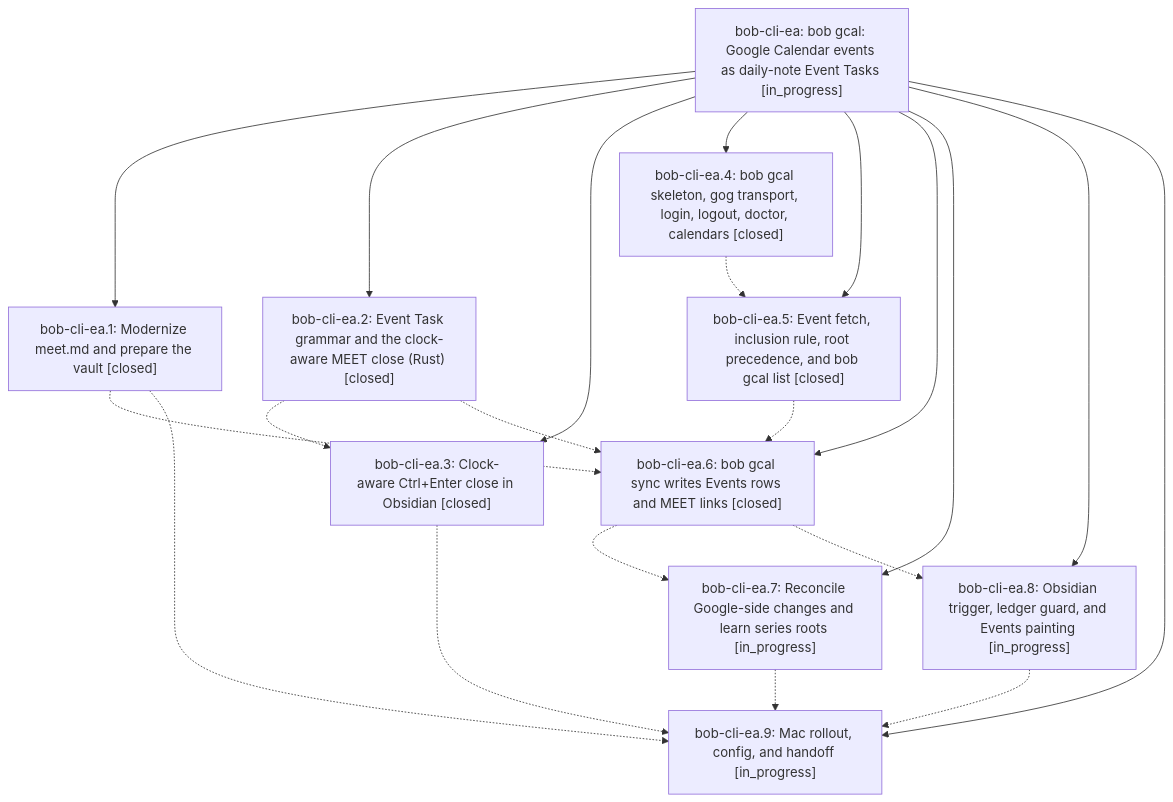
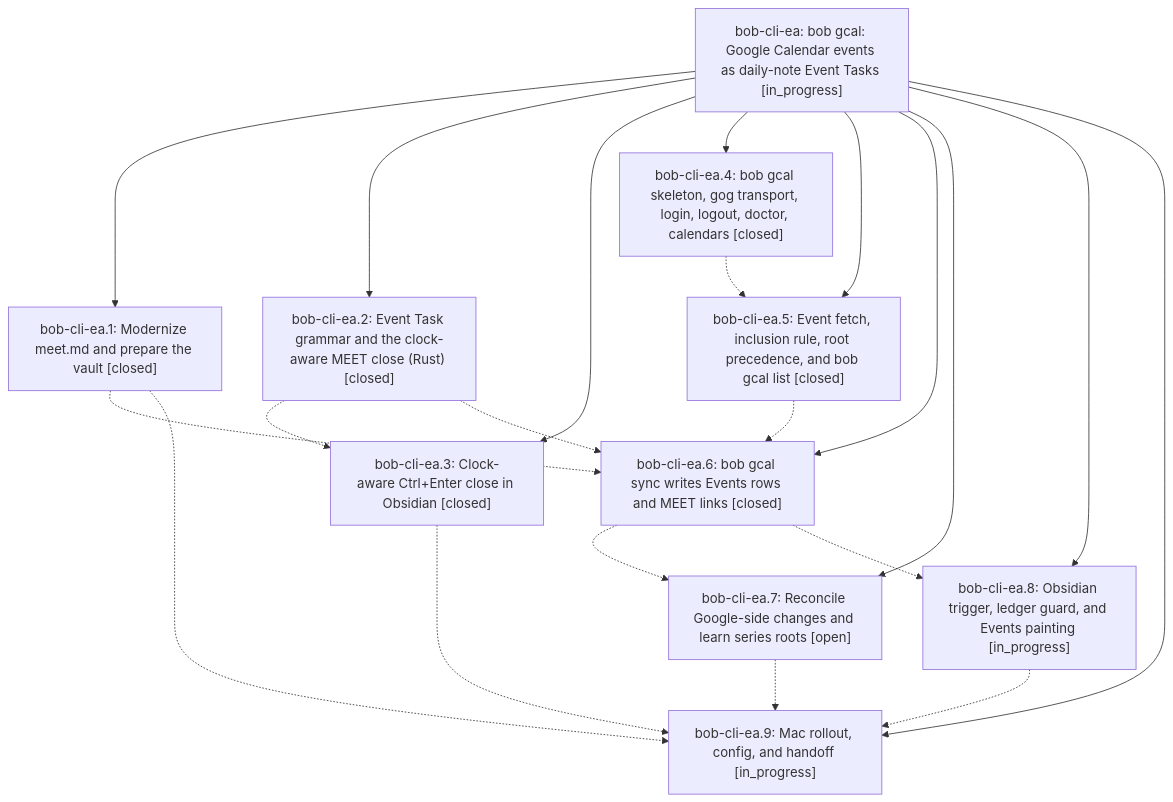
Before and after one commit to bobs-org/bob-cli--beads: the diagram in pages/bob-cli-ea/README.md, drawn with Mermaid. The commit also changed other lines of this file and 5 other files, not shown here.

First line of the commit message:
chore(beads): sync bead state and pages for bob-cli-ea

````diff
--- a/pages/bob-cli-ea/README.md
+++ b/pages/bob-cli-ea/README.md
@@ -44,33 +48,33 @@
 ```mermaid
 flowchart TD
     n0["bob-cli-ea: bob gcal: Google Calendar events as daily-note Event Tasks [in_progress]"]
     n1["bob-cli-ea.1: Modernize meet.md and prepare the vault [closed]"]
     n2["bob-cli-ea.2: Event Task grammar and the clock-aware MEET close (Rust) [closed]"]
     n3["bob-cli-ea.3: Clock-aware Ctrl+Enter close in Obsidian [closed]"]
     n4["bob-cli-ea.4: bob gcal skeleton, gog transport, login, logout, doctor, calendars [closed]"]
     n5["bob-cli-ea.5: Event fetch, inclusion rule, root precedence, and bob gcal list [closed]"]
     n6["bob-cli-ea.6: bob gcal sync writes Events rows and MEET links [closed]"]
-    n7["bob-cli-ea.7: Reconcile Google-side changes and learn series roots [in_progress]"]
+    n7["bob-cli-ea.7: Reconcile Google-side changes and learn series roots [open]"]
     n8["bob-cli-ea.8: Obsidian trigger, ledger guard, and Events painting [in_progress]"]
     n9["bob-cli-ea.9: Mac rollout, config, and handoff [in_progress]"]
     n0 --> n1
     n0 --> n2
     n0 --> n3
     n0 --> n4
     n0 --> n5
     n0 --> n6
     n0 --> n7
     n0 --> n8
     n0 --> n9
     n1 -.-> n6
     n1 -.-> n9
     n2 -.-> n3
     n2 -.-> n6
     n3 -.-> n9
     n4 -.-> n5
     n5 -.-> n6
     n6 -.-> n7
     n6 -.-> n8
     n7 -.-> n9
     n8 -.-> n9
 ```
````
